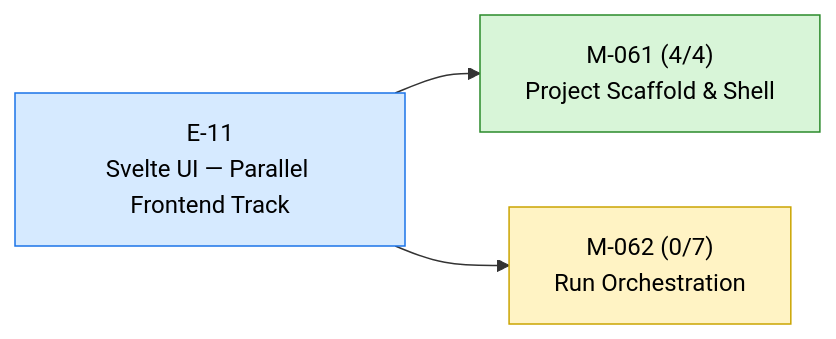
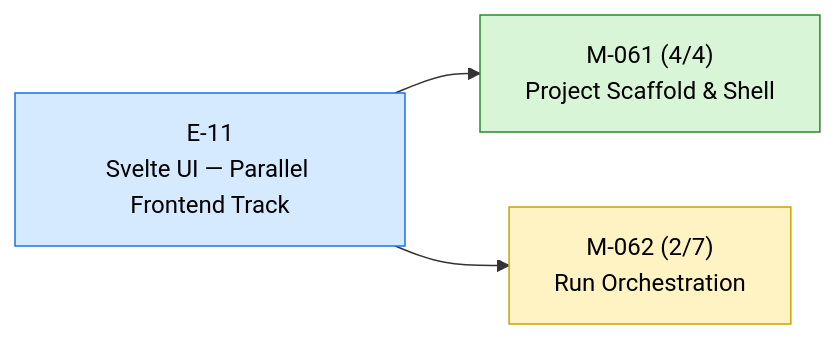
Before and after one commit to 23min/FlowTime: the diagram in STATUS.md, drawn with Mermaid. The commit also changed other lines of this file and 1 other file, not shown here.

Commit message:
aiwf promote M-062/AC-2 open -> met
Verified by tests/ui/specs/svelte-run-orchestration.spec.ts (live Sim API + Svelte dev server) in commit d9e2dfc.

aiwf-verb: promote
aiwf-entity: M-062/AC-2
aiwf-actor: human/peter
aiwf-to: met

````diff
--- a/STATUS.md
+++ b/STATUS.md
@@ -12,14 +12,14 @@
 ```mermaid
 flowchart LR
   E_11["E-11<br/>Svelte UI — Parallel Frontend Track"]:::epic_active
   M_061["M-061 (4/4)<br/>Project Scaffold & Shell"]:::ms_done
   E_11 --> M_061
-  M_062["M-062 (0/7)<br/>Run Orchestration"]:::ms_in_progress
+  M_062["M-062 (2/7)<br/>Run Orchestration"]:::ms_in_progress
   E_11 --> M_062
   classDef epic_active fill:#d6eaff,stroke:#1a73e8,color:#000
   classDef epic_proposed fill:#f4f4f4,stroke:#888,color:#000
   classDef ms_done fill:#d8f5d8,stroke:#2a8a2a,color:#000
   classDef ms_in_progress fill:#fff3c4,stroke:#caa400,color:#000
   classDef ms_draft fill:#f4f4f4,stroke:#888,color:#000
   classDef ms_cancelled fill:#fbeaea,stroke:#c33,color:#000
 ```
````
